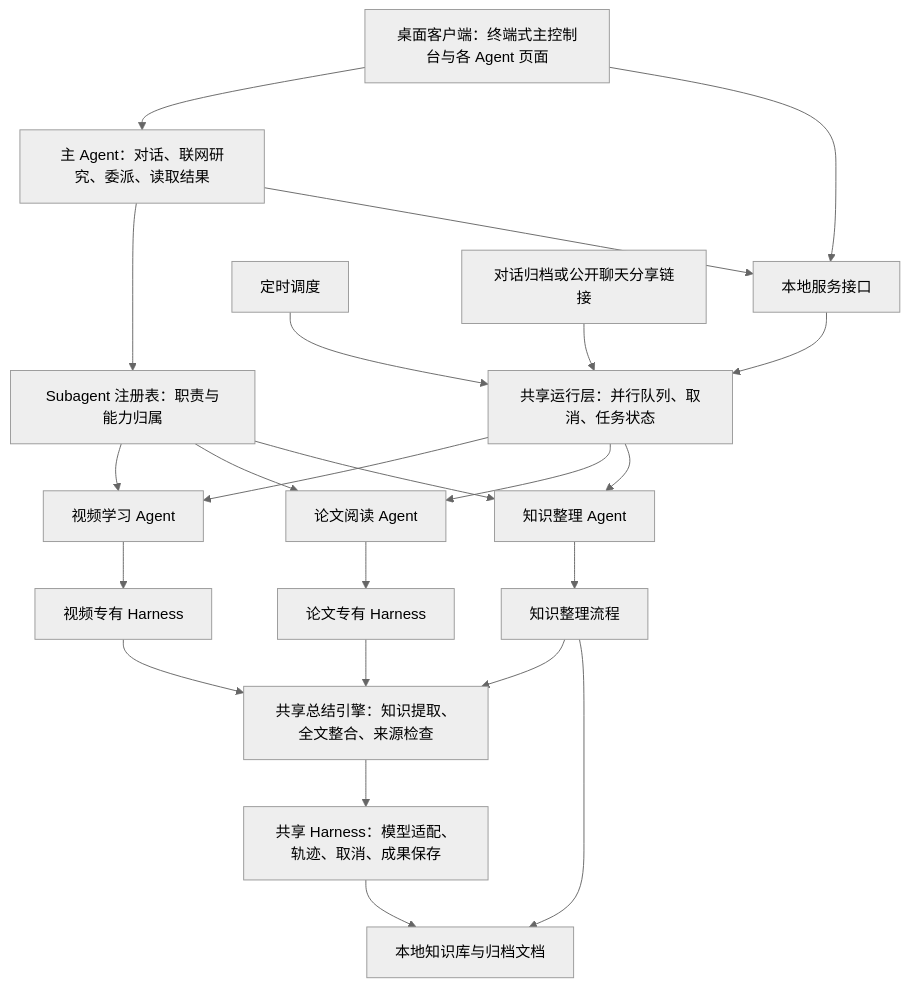
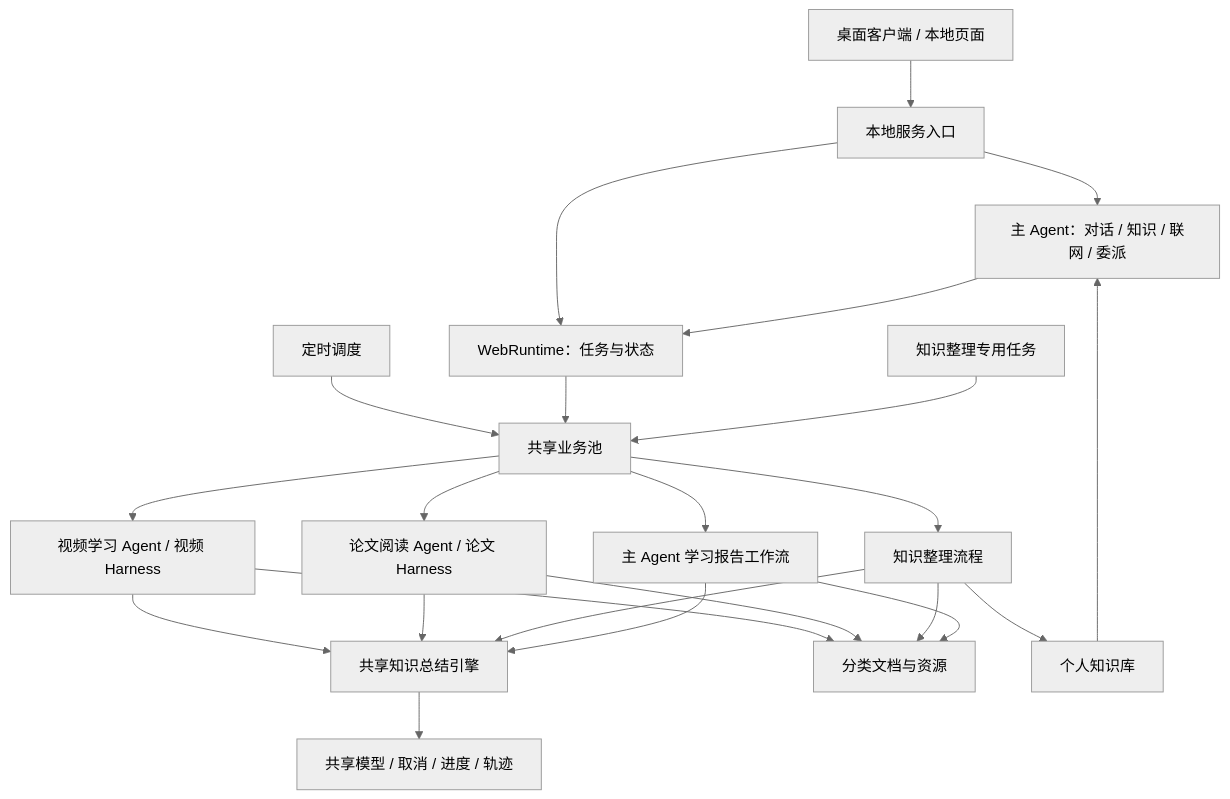
The diagram in 架构框架.md (her7tz/agent4study), drawn with Mermaid (neutral theme) before and after one commit. The commit also changed other lines of this file and 177 other files, not shown here.

````diff
--- a/架构框架.md
+++ b/架构框架.md
@@ -9,25 +7,25 @@
 ```mermaid
 flowchart TD
-    UI[桌面客户端：终端式主控制台与各 Agent 页面] --> MAIN[主 Agent：对话、联网研究、委派、读取结果]
-    UI --> API[本地服务接口]
-    MAIN --> REG[Subagent 注册表：职责与能力归属]
-    MAIN --> API
-    API --> POOL[共享运行层：并行队列、取消、任务状态]
-    TIMER[定时调度] --> POOL
-    ARCHIVE[对话归档或公开聊天分享链接] --> POOL
-    REG --> V[视频学习 Agent]
-    REG --> P[论文阅读 Agent]
-    REG --> K[知识整理 Agent]
-    POOL --> V
-    POOL --> P
-    POOL --> K
-    V --> VH[视频专有 Harness]
-    P --> PH[论文专有 Harness]
-    K --> KH[知识整理流程]
-    VH --> SUM[共享总结引擎：知识提取、全文整合、来源检查]
-    PH --> SUM
-    KH --> SUM
-    SUM --> SH[共享 Harness：模型适配、轨迹、取消、成果保存]
-    KH --> DATA[本地知识库与归档文档]
-    SH --> DATA
+    UI[桌面客户端 / 本地页面] --> API[本地服务入口]
+    API --> MAIN[主 Agent：对话 / 知识 / 联网 / 委派]
+    API --> RT[WebRuntime：任务与状态]
+    MAIN --> RT
+    TIMER[定时调度] --> POOL[共享业务池]
+    RT --> POOL
+    KNOW[知识整理专用任务] --> POOL
+    POOL --> VIDEO[视频学习 Agent / 视频 Harness]
+    POOL --> PAPER[论文阅读 Agent / 论文 Harness]
+    POOL --> ARCHIVE[知识整理流程]
+    POOL --> STUDY[主 Agent 学习报告工作流]
+    VIDEO --> SUMMARY[共享知识总结引擎]
+    PAPER --> SUMMARY
+    ARCHIVE --> SUMMARY
+    STUDY --> SUMMARY
+    SUMMARY --> SHARED[共享模型 / 取消 / 进度 / 轨迹]
+    VIDEO --> OUTPUT[分类文档与资源]
+    PAPER --> OUTPUT
+    ARCHIVE --> OUTPUT
+    STUDY --> OUTPUT
+    ARCHIVE --> KB[个人知识库]
+    KB --> MAIN
 ```
````
